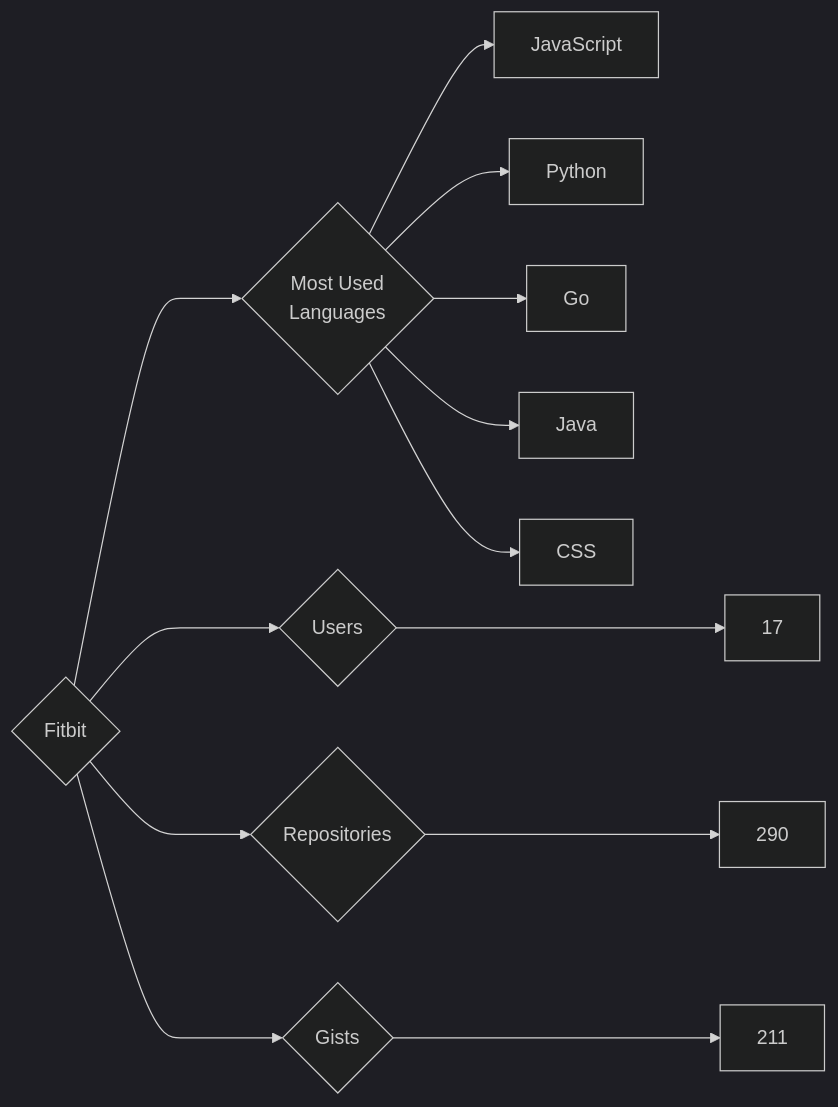
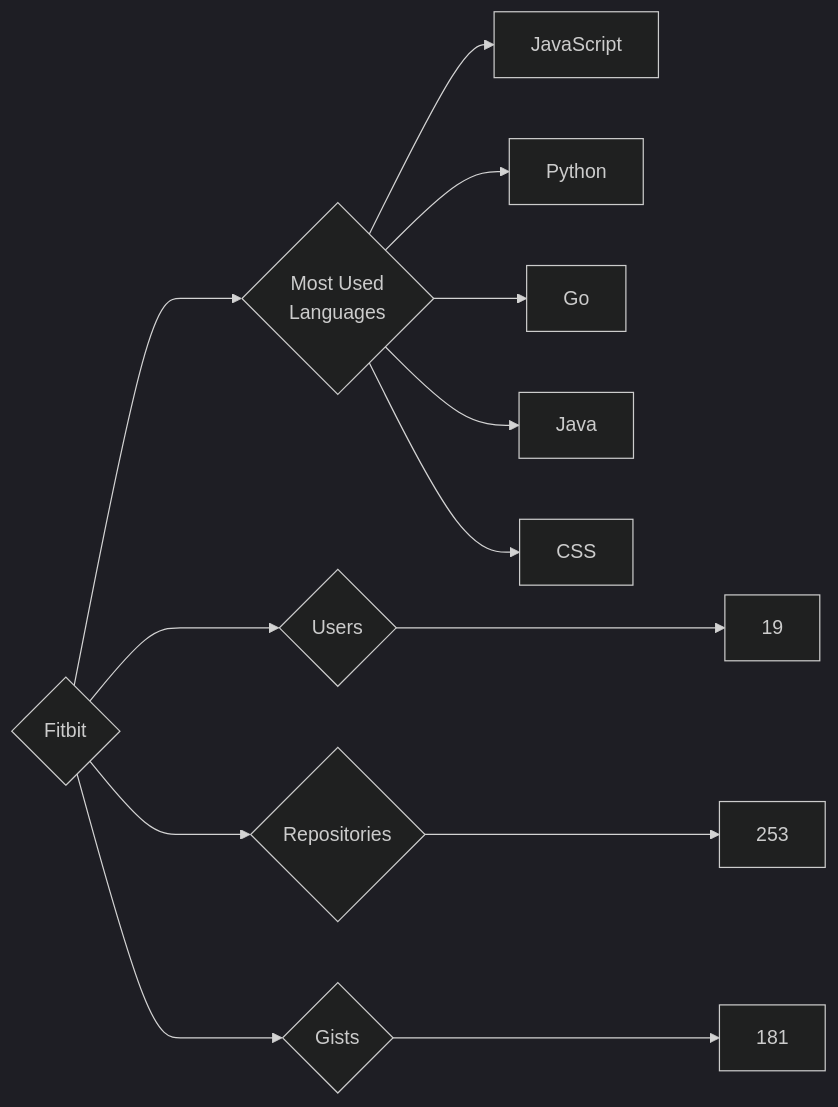
One commit to trickest/insiders changed the diagram in targets/Fitbit/README.md. Above: the diagram before and after it, drawn with Mermaid (dark theme). The commit also changed 775 other files, not shown here.

````diff
--- a/targets/Fitbit/README.md
+++ b/targets/Fitbit/README.md
@@ -3,13 +3,13 @@
 ```mermaid
 graph LR
 COMPANY_NAME{Fitbit}
-COMPANY_NAME ---> U{Users} ---> UN[17]
-COMPANY_NAME ---> R{Repositories} ---> RN[290]
-COMPANY_NAME ---> G{Gists} ---> GN[211]
+COMPANY_NAME ---> U{Users} ---> UN[19]
+COMPANY_NAME ---> R{Repositories} ---> RN[253]
+COMPANY_NAME ---> G{Gists} ---> GN[181]
 COMPANY_NAME ---> ML{Most Used<br>Languages}
 ML --> JavaScript[JavaScript]
 ML --> Python[Python]
 ML --> Go[Go]
 ML --> Java[Java]
 ML --> CSS[CSS]
 ```
````
